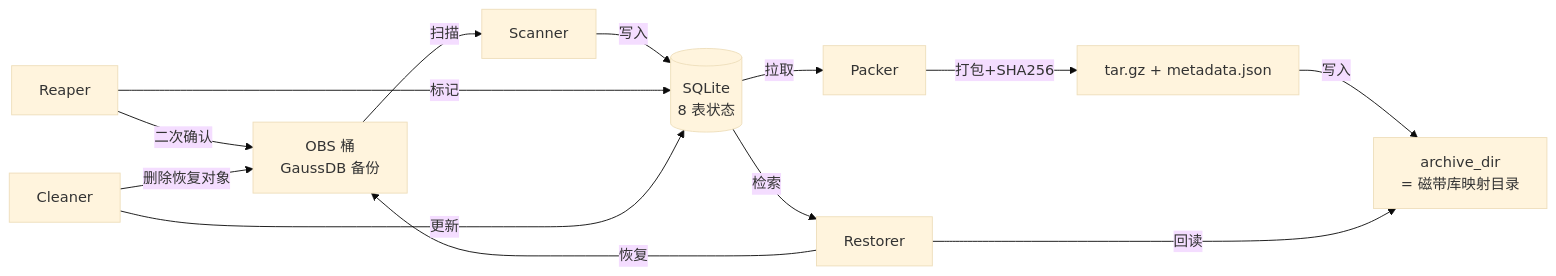
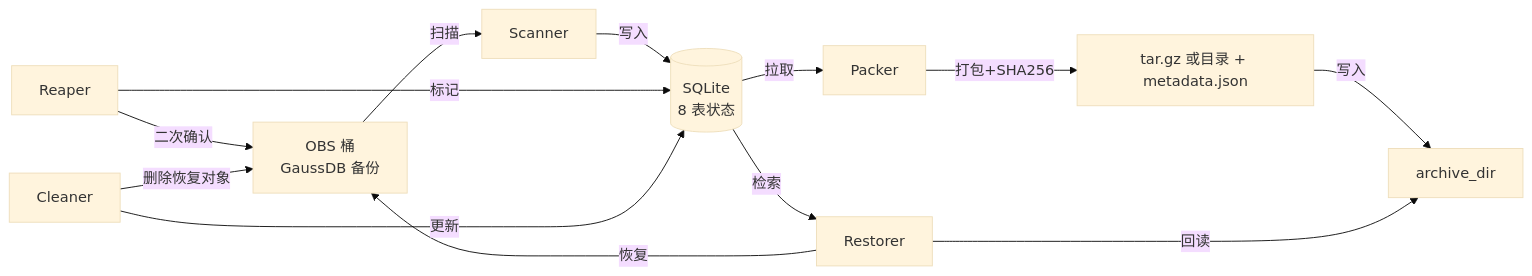
One commit to opswm/gaussdb-obs-tape-archive changed the first of 2 diagrams in README.md. Above: the diagram before and after it, drawn with Mermaid (base theme). The commit also changed other lines of this file, not shown here.

````diff
--- a/README.md
+++ b/README.md
@@ -48,15 +49,15 @@
 ```mermaid
 flowchart LR
   OBS[OBS 桶<br/>GaussDB 备份] -->|扫描| Scanner
   Scanner -->|写入| Catalog[(SQLite<br/>8 表状态)]
   Catalog -->|拉取| Packer
-  Packer -->|打包+SHA256| TAR[tar.gz + metadata.json]
-  TAR -->|写入| AD[archive_dir<br/>= 磁带库映射目录]
+  Packer -->|打包+SHA256| TAR[tar.gz 或目录 + metadata.json]
+  TAR -->|写入| AD[archive_dir]
   Reaper -->|二次确认| OBS
   Reaper -->|标记| Catalog
   Catalog -->|检索| Restorer
   Restorer -->|回读| AD
   Restorer -->|恢复| OBS
   Cleaner -->|删除恢复对象| OBS
   Cleaner -->|更新| Catalog
 ```
````
